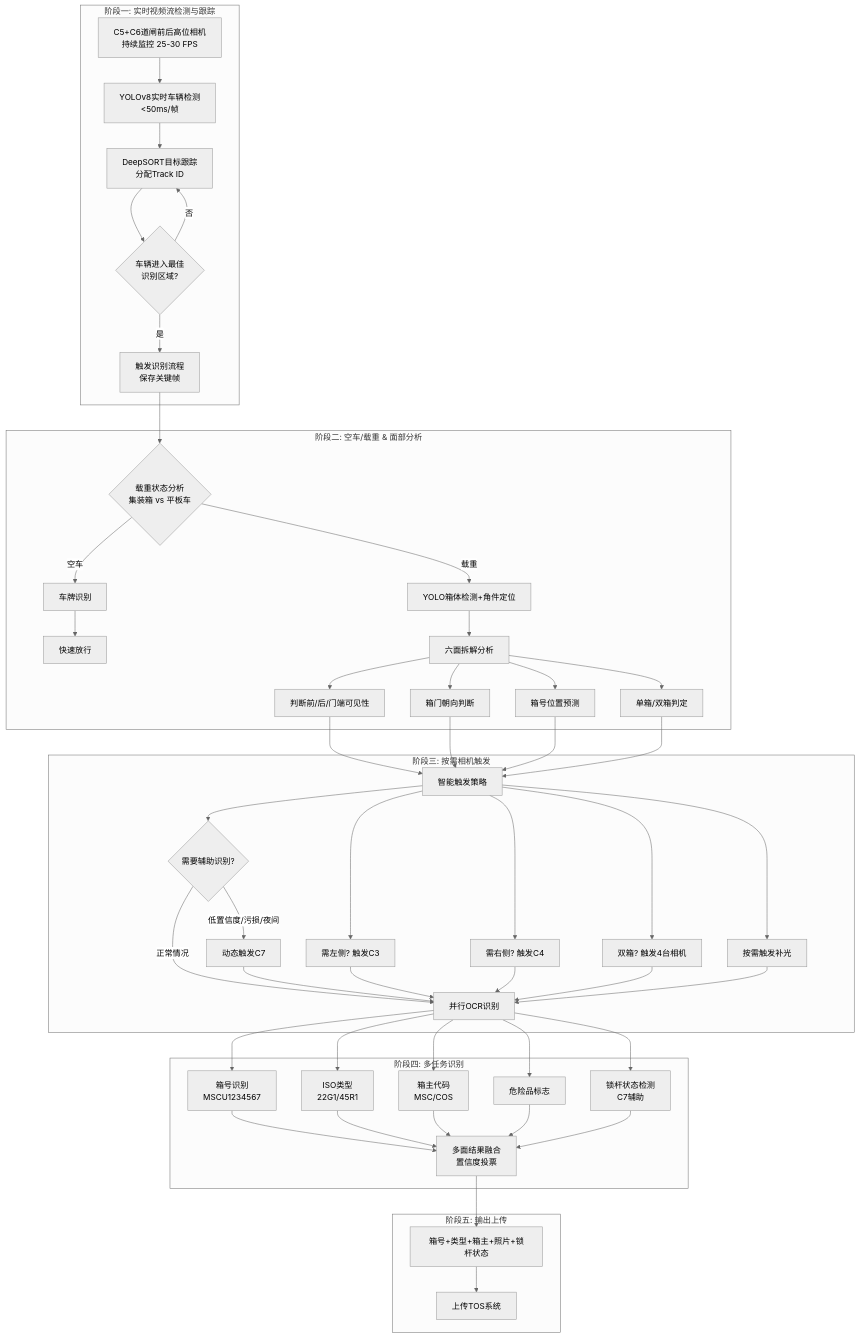
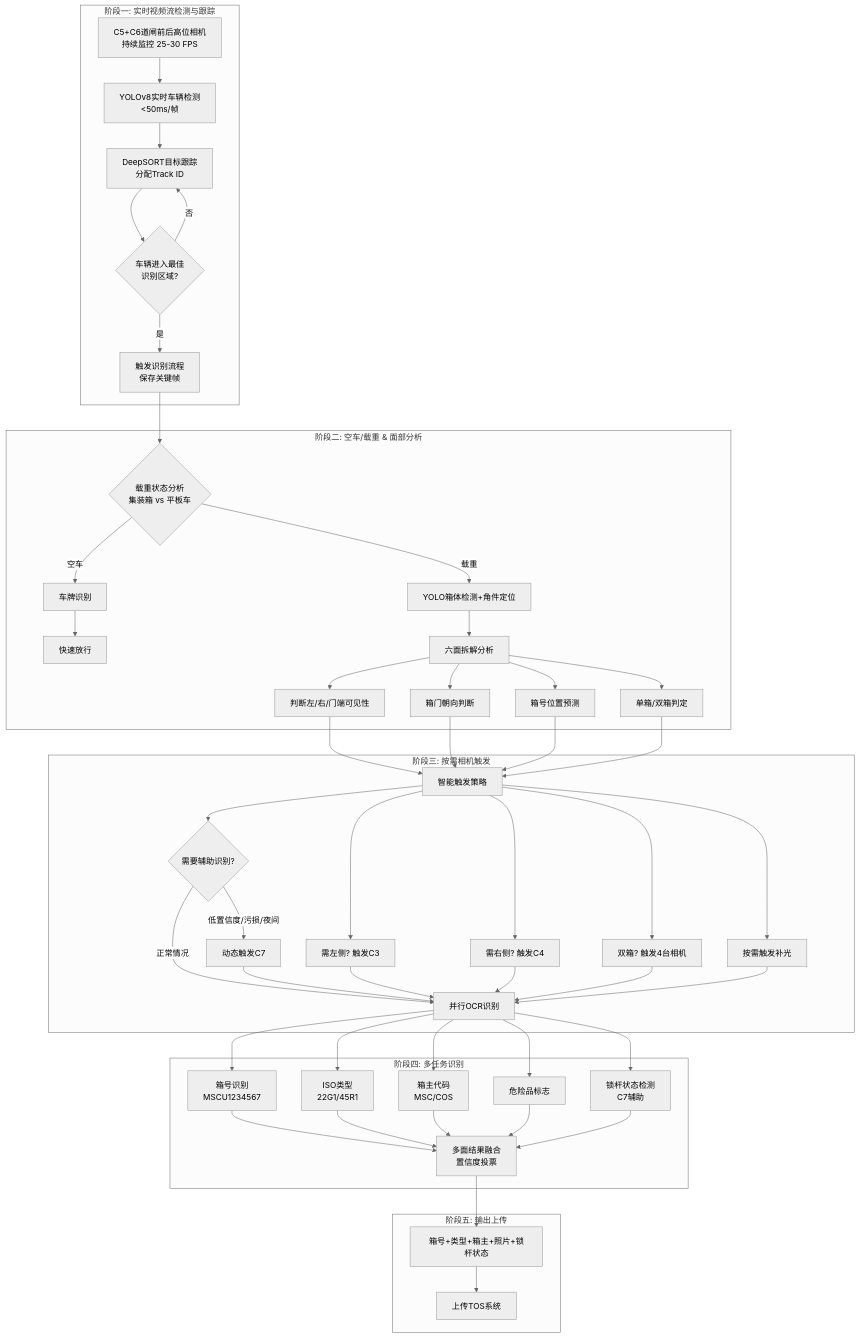
One commit to hpd840321/container-gate-dual-ai changed the diagram in 道闸双柜识别方案.md. Above: the diagram before and after it, drawn with Mermaid (neutral theme). The commit also changed other lines of this file and 7 other files, not shown here.

````diff
--- a/道闸双柜识别方案.md
+++ b/道闸双柜识别方案.md
@@ -199,48 +217,48 @@
 ```mermaid
 graph TD
     subgraph "阶段一: 实时视频流检测与跟踪"
         A[C5+C6道闸前后高位相机<br/>持续监控 25-30 FPS] --> B[YOLOv8实时车辆检测<br/><50ms/帧];
         B --> C[DeepSORT目标跟踪<br/>分配Track ID];
         C --> D{车辆进入最佳<br/>识别区域?};
         D -- 否 --> C;
         D -- 是 --> E[触发识别流程<br/>保存关键帧];
     end
     
     subgraph "阶段二: 空车/载重 & 面部分析"
         E --> F{载重状态分析<br/>集装箱 vs 平板车};
         F -- 空车 --> G[车牌识别] --> H[快速放行];
         F -- 载重 --> I[YOLO箱体检测+角件定位];
         I --> J[六面拆解分析];
-        J --> J1[判断前/后/门端可见性];
+        J --> J1[判断左/右/门端可见性];
         J --> J2[箱门朝向判断];
         J --> J3[箱号位置预测];
         J --> J4[单箱/双箱判定];
     end
     
     subgraph "阶段三: 按需相机触发"
         J1 & J2 & J3 & J4 --> K[智能触发策略];
         K --> K1[需左侧? 触发C3];
         K --> K2[需右侧? 触发C4];
         K --> K3[双箱? 触发4台相机];
         K --> K4[按需触发补光];
         K --> K5{需要辅助识别?};
         K5 -- 低置信度/污损/夜间 --> K6[动态触发C7];
         K5 -- 正常情况 --> L;
         K6 --> L;
     end
     
     subgraph "阶段四: 多任务识别"
         K1 & K2 & K3 & K4 --> L[并行OCR识别];
         L --> L1[箱号识别<br/>MSCU1234567];
         L --> L2[ISO类型<br/>22G1/45R1];
         L --> L3[箱主代码<br/>MSC/COS];
         L --> L4[危险品标志];
         L --> L5[锁杆状态检测<br/>C7辅助];
         L1 & L2 & L3 & L4 & L5 --> M[多面结果融合<br/>置信度投票];
     end
     
     subgraph "阶段五: 输出上传"
         M --> N[箱号+类型+箱主+照片+锁杆状态];
         N --> O[上传TOS系统];
     end
 ```
````
